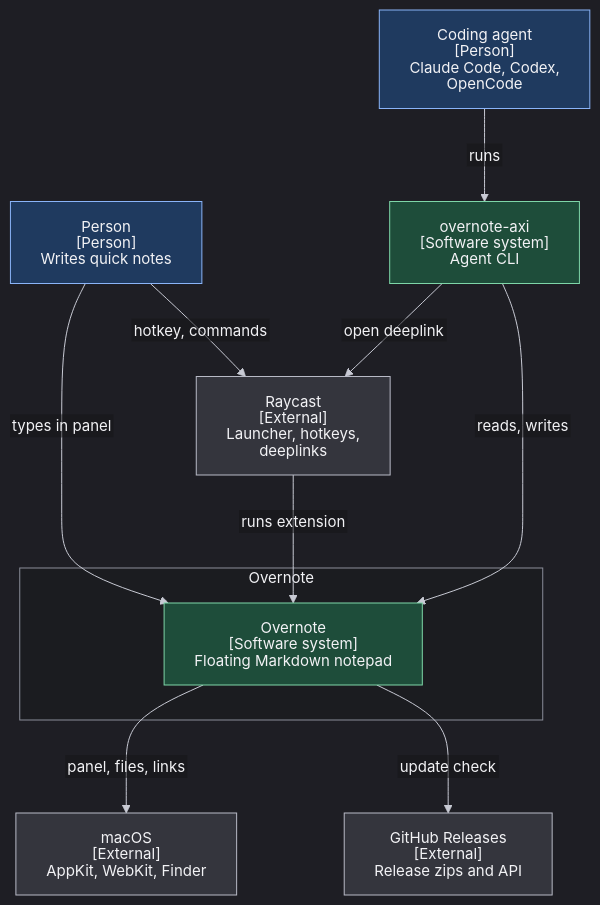
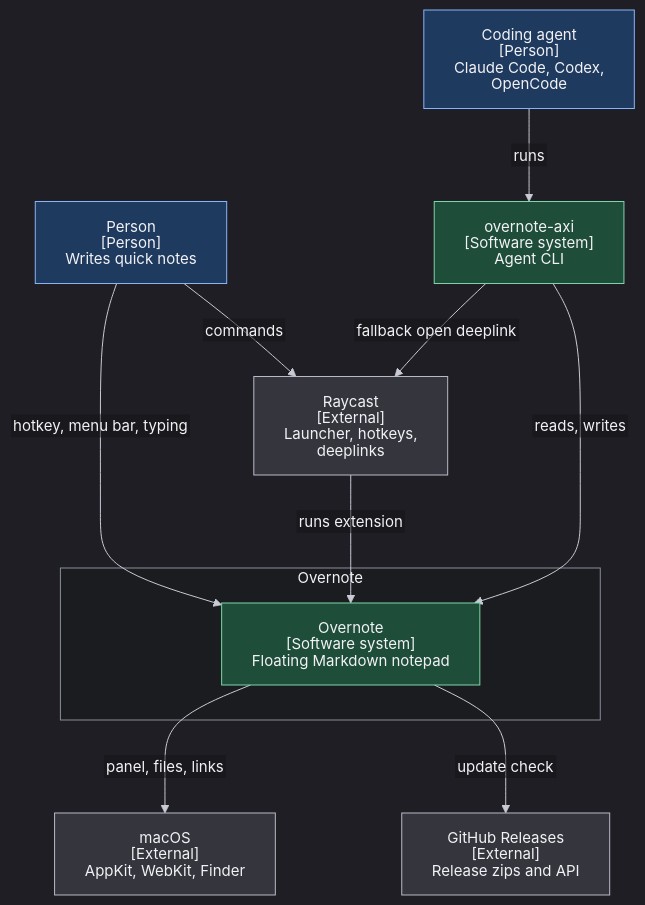
Before and after one commit to WesleyBLDC/overnote: the first of 10 diagrams in docs/architecture/system-design.md, drawn with Mermaid. The commit also changed other lines of this file and 1 other file, not shown here.

First line of the commit message:
Docs: system design names Overnote.app and overnote-axi's app-first open (#60)

````diff
--- a/docs/architecture/system-design.md
+++ b/docs/architecture/system-design.md
@@ -177,29 +178,29 @@
 ```mermaid
 %%{init: {"theme": "dark", "themeVariables": {"background": "#141416", "primaryTextColor": "#F2F2F5", "textColor": "#F2F2F5", "lineColor": "#C8CAD4", "edgeLabelBackground": "#141416", "clusterBkg": "#1B1C20", "clusterBorder": "#8A8D99", "titleColor": "#F2F2F5", "fontSize": "15px"}, "flowchart": {"nodeSpacing": 60, "rankSpacing": 70, "htmlLabels": false}, "htmlLabels": false}}%%
 flowchart TB
   person["Person<br/>[Person]<br/>Writes quick notes"]
   agent["Coding agent<br/>[Person]<br/>Claude Code, Codex, OpenCode"]
   raycast["Raycast<br/>[External]<br/>Launcher, hotkeys, deeplinks"]
   subgraph boundary["Overnote"]
     overnote["Overnote<br/>[Software system]<br/>Floating Markdown notepad"]
   end
   macos["macOS<br/>[External]<br/>AppKit, WebKit, Finder"]
   github["GitHub Releases<br/>[External]<br/>Release zips and API"]
   axi["overnote-axi<br/>[Software system]<br/>Agent CLI"]
 
-  person -->|"hotkey, commands"| raycast
-  person -->|"types in panel"| overnote
+  person -->|"hotkey, menu bar, typing"| overnote
+  person -->|"commands"| raycast
   raycast -->|"runs extension"| overnote
   overnote -->|"panel, files, links"| macos
   overnote -->|"update check"| github
   agent -->|"runs"| axi
   axi -->|"reads, writes"| overnote
-  axi -->|"open deeplink"| raycast
+  axi -->|"fallback open deeplink"| raycast
 
   classDef person fill:#1F3A5F,stroke:#8AB4F8,color:#F2F2F5
   classDef system fill:#1E4D3A,stroke:#7ED6A8,color:#F2F2F5
   classDef external fill:#34353D,stroke:#B8BAC6,color:#F2F2F5
   class person,agent person
   class overnote,axi system
   class raycast,macos,github external
 ```
````
